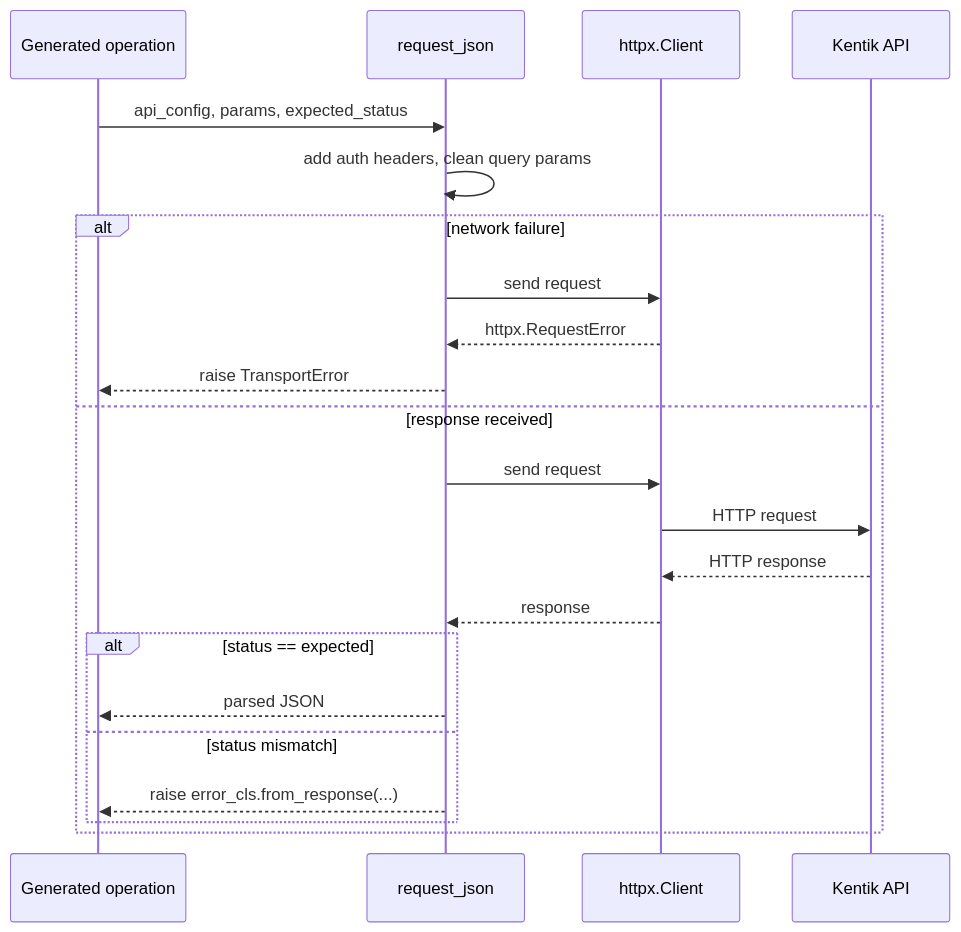
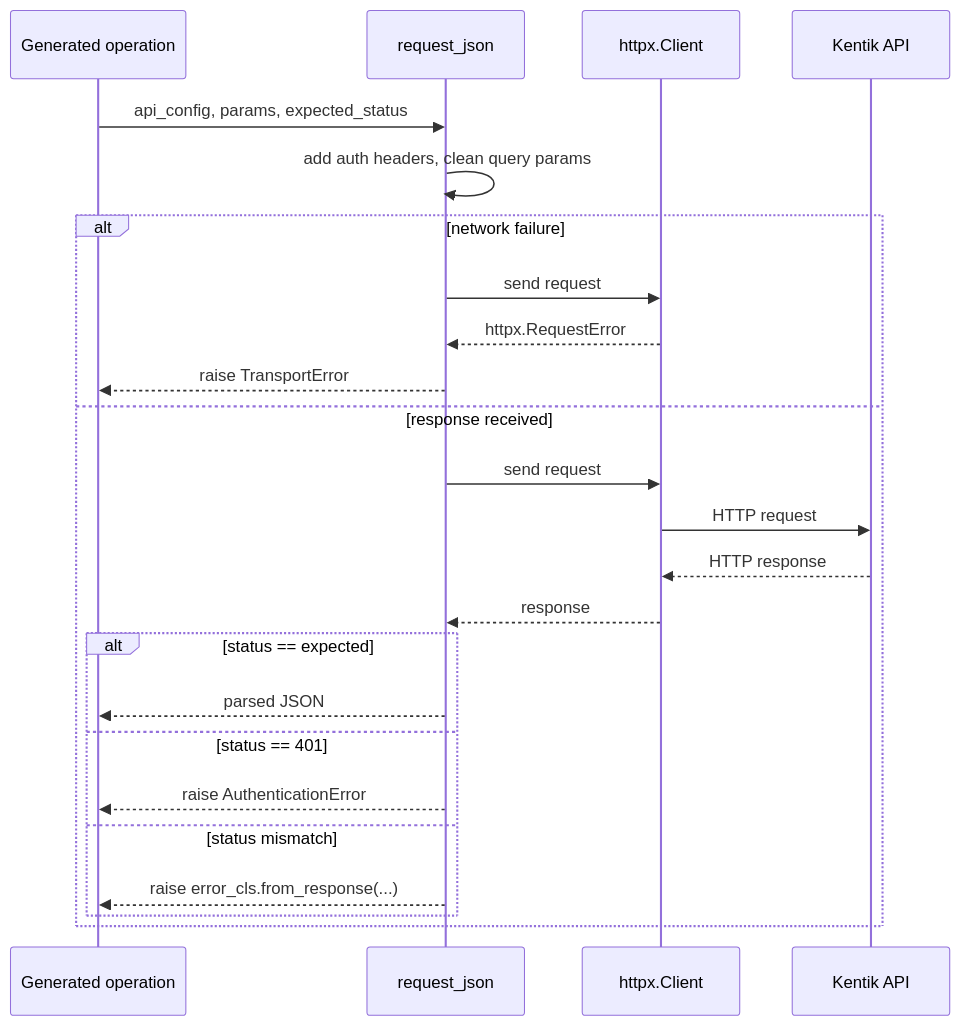
Before and after one commit to alexdearaujo/community_sdk_python: the first of 2 diagrams in src/kentik_api/core/README.md, drawn with Mermaid. The commit also changed other lines of this file and 5 other files, not shown here.

````diff
--- a/src/kentik_api/core/README.md
+++ b/src/kentik_api/core/README.md
@@ -29,24 +29,26 @@
 ```mermaid
 sequenceDiagram
     participant Op as Generated operation
     participant RJ as request_json
     participant HX as httpx.Client
     participant API as Kentik API
     Op->>RJ: api_config, params, expected_status
     RJ->>RJ: add auth headers, clean query params
     alt network failure
         RJ->>HX: send request
         HX-->>RJ: httpx.RequestError
         RJ-->>Op: raise TransportError
     else response received
         RJ->>HX: send request
         HX->>API: HTTP request
         API-->>HX: HTTP response
         HX-->>RJ: response
         alt status == expected
             RJ-->>Op: parsed JSON
+        else status == 401
+            RJ-->>Op: raise AuthenticationError
         else status mismatch
             RJ-->>Op: raise error_cls.from_response(...)
         end
     end
 ```
````
